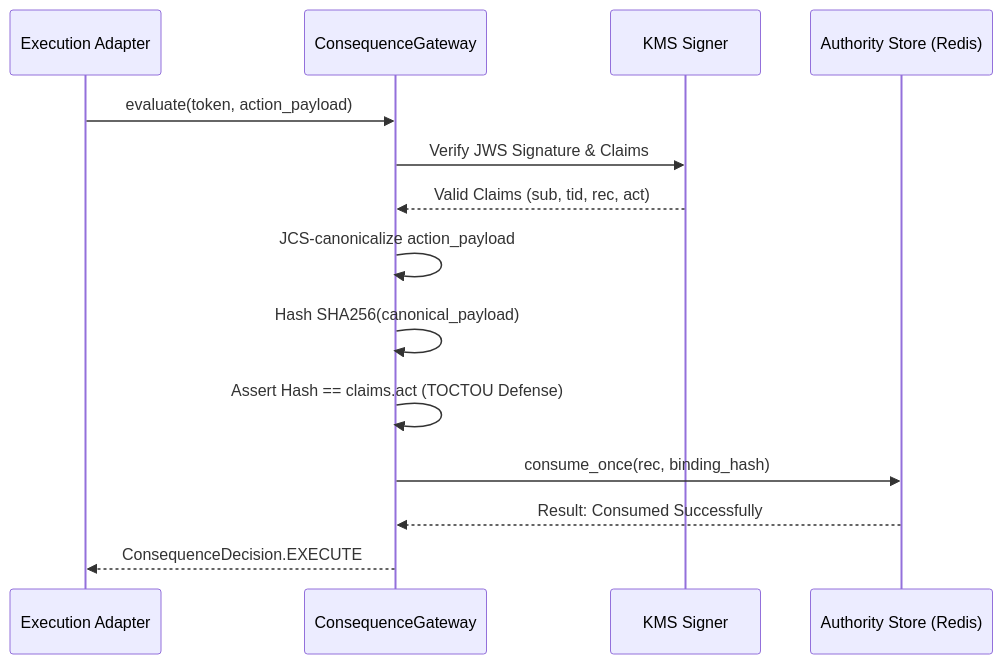
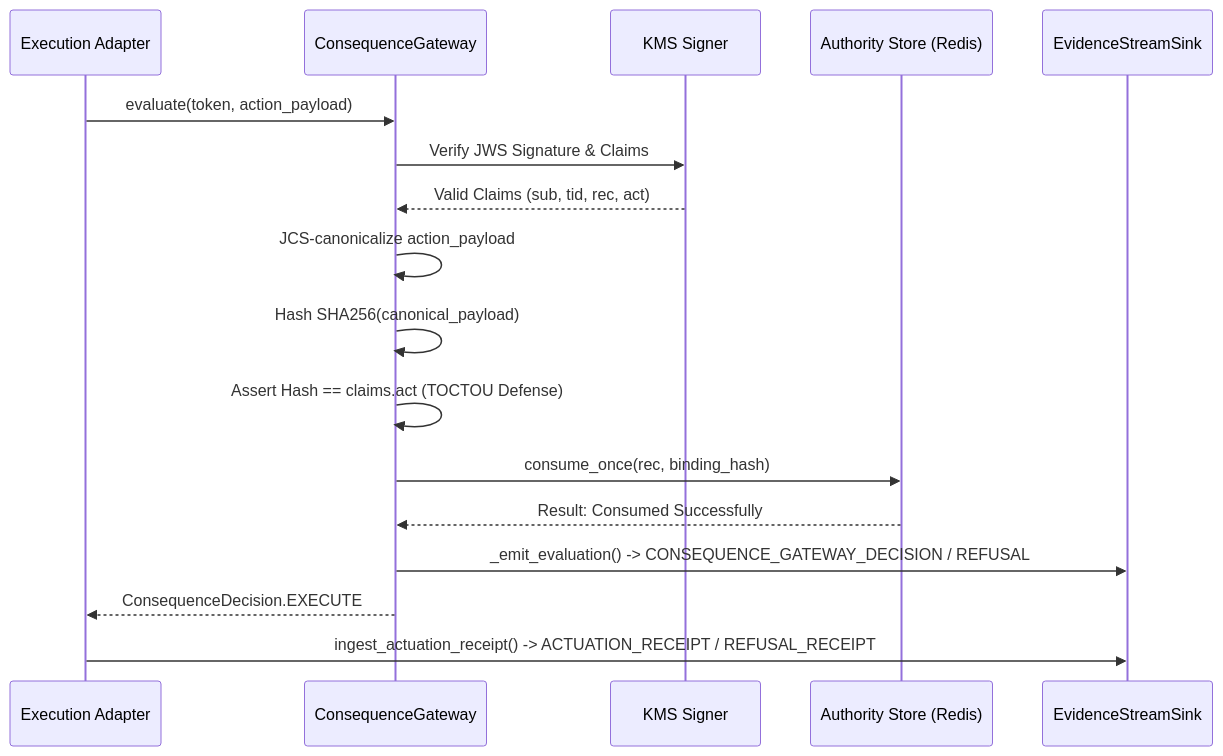
Before and after one commit to google/cybernetic-agent-governance-engine: the diagram in docs/architecture/CONSEQUENCE_GATEWAY.md, drawn with Mermaid. The commit also changed other lines of this file and 39 other files, not shown here.

````diff
--- a/docs/architecture/CONSEQUENCE_GATEWAY.md
+++ b/docs/architecture/CONSEQUENCE_GATEWAY.md
@@ -19,17 +19,20 @@
 ```mermaid
 sequenceDiagram
     participant Adapter as Execution Adapter
     participant Gateway as ConsequenceGateway
     participant KMS as KMS Signer
     participant Store as Authority Store (Redis)
+    participant Evidence as EvidenceStreamSink
     
     Adapter->>Gateway: evaluate(token, action_payload)
     Gateway->>KMS: Verify JWS Signature & Claims
     KMS-->>Gateway: Valid Claims (sub, tid, rec, act)
     Gateway->>Gateway: JCS-canonicalize action_payload
     Gateway->>Gateway: Hash SHA256(canonical_payload)
     Gateway->>Gateway: Assert Hash == claims.act (TOCTOU Defense)
     Gateway->>Store: consume_once(rec, binding_hash)
     Store-->>Gateway: Result: Consumed Successfully
+    Gateway->>Evidence: _emit_evaluation() -> CONSEQUENCE_GATEWAY_DECISION / REFUSAL
     Gateway-->>Adapter: ConsequenceDecision.EXECUTE
+    Adapter->>Evidence: ingest_actuation_receipt() -> ACTUATION_RECEIPT / REFUSAL_RECEIPT
 ```
````
